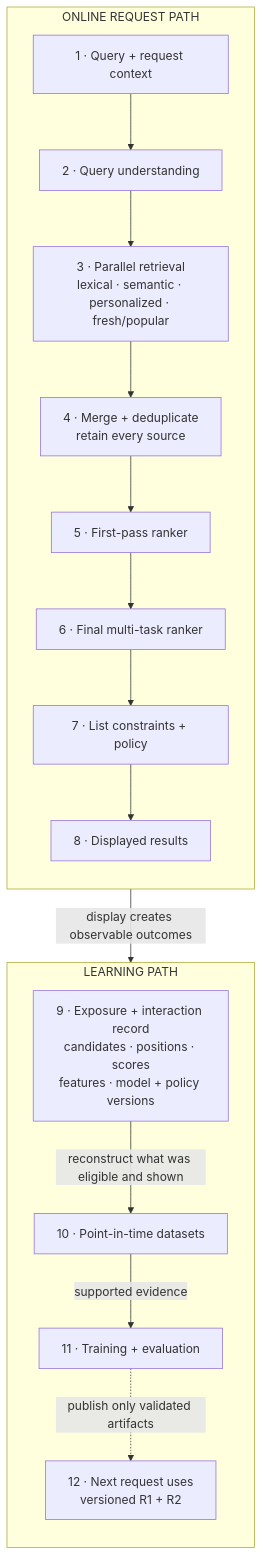
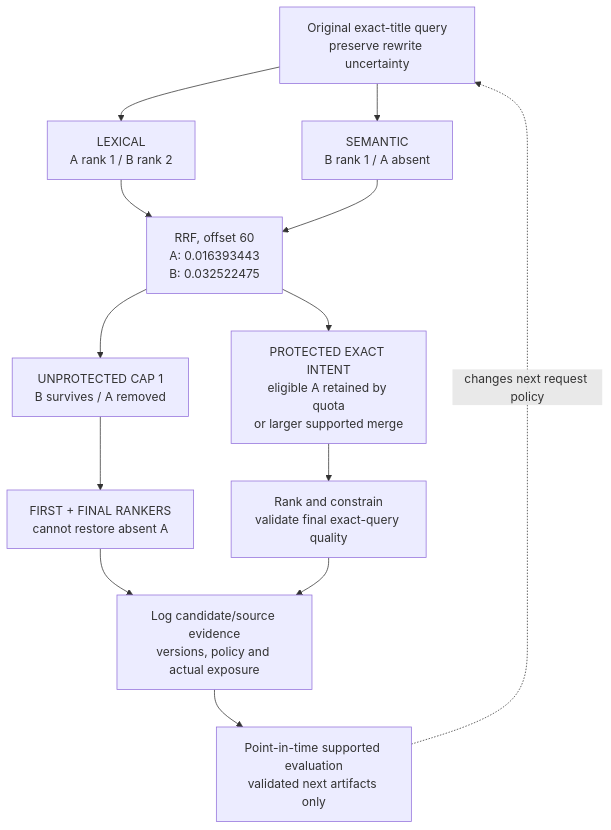
One commit to mlmentorship/mlmentorship.github.io changed the diagram in src/content/posts/2026-04-14-personalized-search-ranking.md. Above: the diagram before and after it, drawn with Mermaid. The commit also changed other lines of this file and 258 other files, not shown here.

First line of the commit message:
Implement pattern-first learning across 162 lessons

````diff
--- a/src/content/posts/2026-04-14-personalized-search-ranking.md
+++ b/src/content/posts/2026-04-14-personalized-search-ranking.md
@@ -158,35 +56,25 @@
 ```mermaid
 flowchart TB
-  accTitle: Personalized search serving and learning meet at the exposure record
-  accDescr: In the online request path, a query and request context enter query understanding, then lexical, semantic, query-conditioned personalized, and fresh or popular retrievers run in parallel. Their candidates are merged with source evidence, reduced by a first-pass ranker, scored by a final multi-task ranker, and checked by list constraints and policy before results are displayed. Displayed positions, the full candidate set, source evidence, scores, point-in-time features, and model and policy versions enter an exposure and interaction record. In the learning path, those records become point-in-time datasets for evaluation and training. Validated versioned rankers are used by the next request, closing a selective feedback loop. Logging makes the serving decision reconstructable but does not reveal outcomes for unsupported, unshown actions.
-
-  subgraph Online["ONLINE REQUEST PATH"]
-	direction TB
-    Q["1 · Query + request context"] --> U["2 · Query understanding"]
-    U --> R["3 · Parallel retrieval<br/>lexical · semantic · personalized · fresh/popular"]
-    R --> M["4 · Merge + deduplicate<br/>retain every source"]
-    M --> R1["5 · First-pass ranker"]
-    R1 --> R2["6 · Final multi-task ranker"]
-    R2 --> C["7 · List constraints + policy"]
-    C --> O["8 · Displayed results"]
-  end
-
-  subgraph Learn["LEARNING PATH"]
-	direction TB
-    E["9 · Exposure + interaction record<br/>candidates · positions · scores<br/>features · model + policy versions"]
-    D["10 · Point-in-time datasets"]
-    T["11 · Training + evaluation"]
-    V["12 · Next request uses<br/>versioned R1 + R2"]
-    E -->|reconstruct what was eligible and shown| D
-    D -->|supported evidence| T
-    T -.->|publish only validated artifacts| V
-  end
-
-  O -->|display creates observable outcomes| E
-
-  class Q,R viz-input
-  class U,M,R1,R2,C viz-focus
-  class O viz-output
-  class E,D,T,V viz-state
-  class Q viz-tall
+  accTitle: Exact-title candidate A is lost during an unprotected rank-fusion cutoff
+  accDescr: The original exact-title request has eligible A at lexical rank one and B at lexical rank two. Semantic retrieval contains B at rank one but no A. Reciprocal-rank fusion with offset sixty gives A 0.016393443 and B 0.032522475. An unprotected one-candidate merge keeps B and removes A, which no final ranker can restore. A separate protected path can retain eligible A through a confident exact-intent quota or a larger merge, followed by final quality and policy checks. Both paths must retain candidates, source evidence, versions and actual exposure for supported learning; logging does not reveal unshown outcomes.
+  Query["Original exact-title query<br/>preserve rewrite uncertainty"]
+  Lexical["LEXICAL<br/>A rank 1 / B rank 2"]
+  Semantic["SEMANTIC<br/>B rank 1 / A absent"]
+  Fusion["RRF, offset 60<br/>A: 0.016393443<br/>B: 0.032522475"]
+  Cutoff["UNPROTECTED CAP 1<br/>B survives / A removed"]
+  Final["FIRST + FINAL RANKERS<br/>cannot restore absent A"]
+  Protection["PROTECTED EXACT INTENT<br/>eligible A retained by quota<br/>or larger supported merge"]
+  Validate["Rank and constrain<br/>validate final exact-query quality"]
+  Exposure["Log candidate/source evidence<br/>versions, policy and actual exposure"]
+  Learn["Point-in-time supported evaluation<br/>validated next artifacts only"]
+  Query --> Lexical --> Fusion
+  Query --> Semantic --> Fusion
+  Fusion --> Cutoff --> Final --> Exposure
+  Fusion --> Protection --> Validate --> Exposure
+  Exposure --> Learn
+  Learn -.->|"changes next request policy"| Query
+  class Query,Lexical,Semantic viz-input
+  class Fusion,Protection,Validate viz-focus
+  class Cutoff,Final viz-warning
+  class Exposure,Learn viz-state
 ```
````
